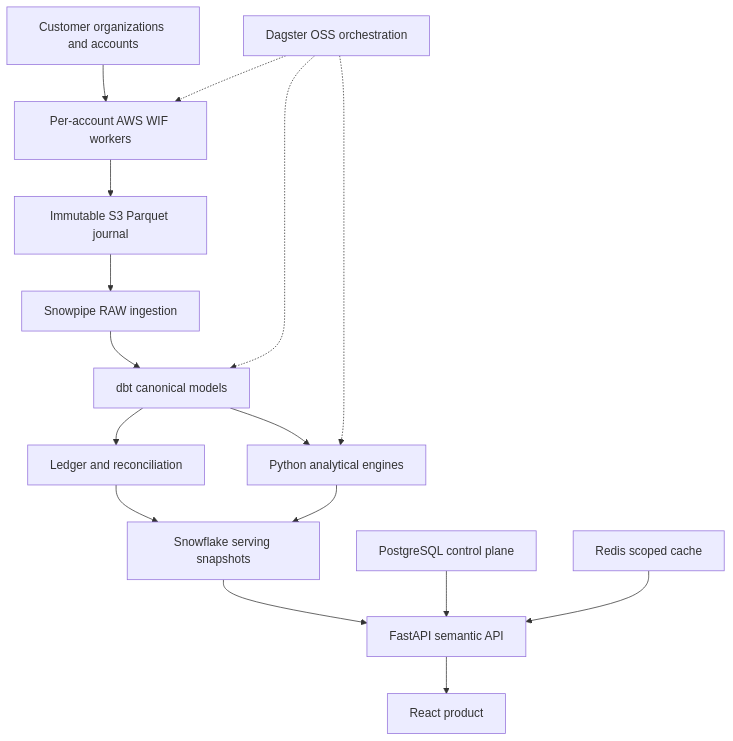
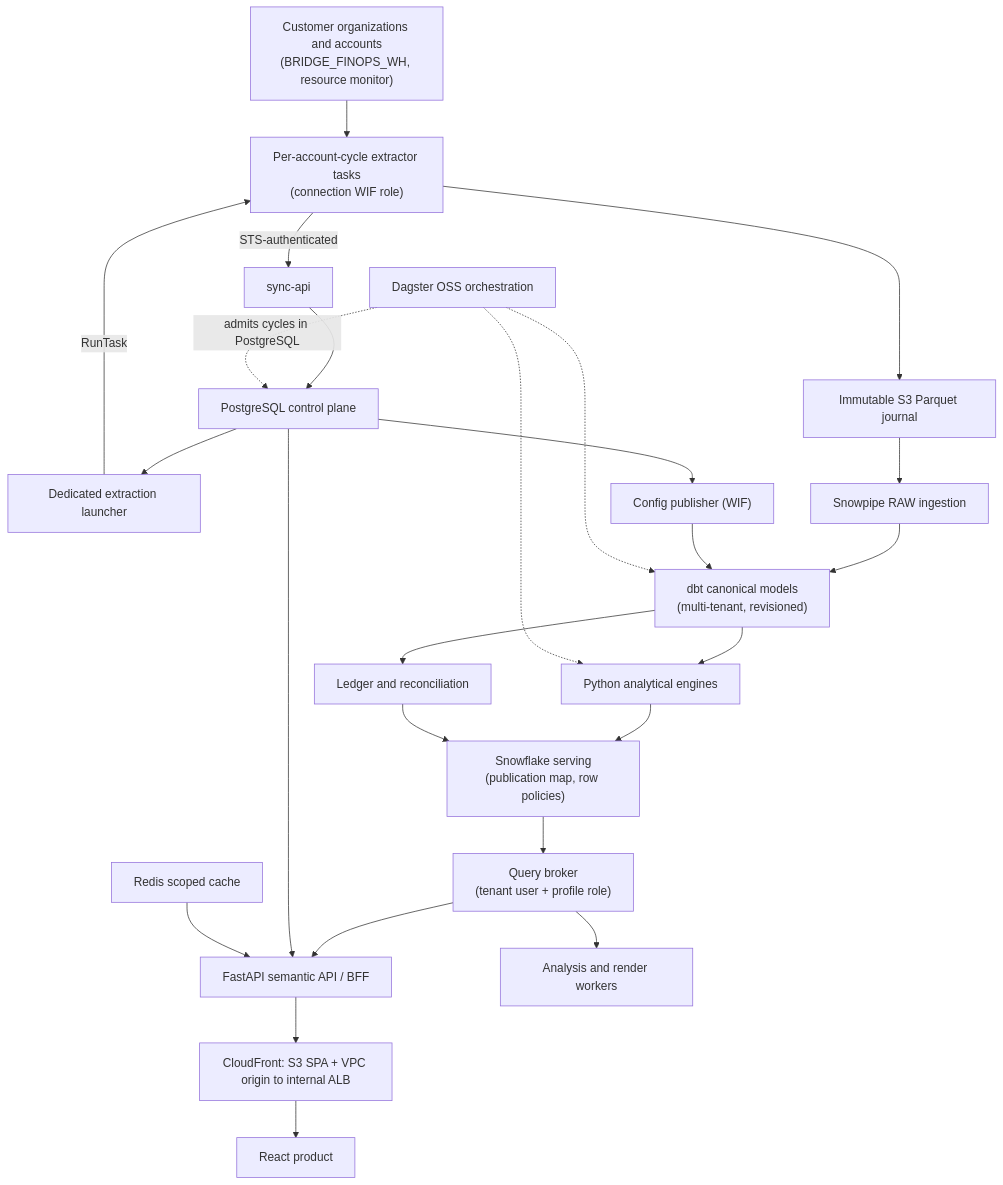
The diagram in ARCHITECTURE_OVERVIEW.md (belaidcherfa/Data-Bridge-SaaS-SPECS-FULL), drawn with Mermaid before and after one commit. The commit also changed other lines of this file and 10 other files, not shown here.

````diff
--- a/ARCHITECTURE_OVERVIEW.md
+++ b/ARCHITECTURE_OVERVIEW.md
@@ -7,18 +9,27 @@
 ```mermaid
 flowchart TD
-  C["Customer organizations and accounts"] --> W["Per-account AWS WIF workers"]
+  C["Customer organizations and accounts<br/>(BRIDGE_FINOPS_WH, resource monitor)"] --> W["Per-account-cycle extractor tasks<br/>(connection WIF role)"]
+  X["Dedicated extraction launcher"] -->|RunTask| W
+  W -->|STS-authenticated| Q["sync-api"]
+  Q --> T
   W --> J["Immutable S3 Parquet journal"]
   J --> P["Snowpipe RAW ingestion"]
-  P --> D["dbt canonical models"]
+  P --> D["dbt canonical models<br/>(multi-tenant, revisioned)"]
+  CP["Config publisher (WIF)"] --> D
+  T --> CP
   D --> L["Ledger and reconciliation"]
   D --> Y["Python analytical engines"]
-  Y --> S["Snowflake serving snapshots"]
+  Y --> S["Snowflake serving<br/>(publication map, row policies)"]
   L --> S
-  S --> A["FastAPI semantic API"]
+  S --> B["Query broker<br/>(tenant user + profile role)"]
+  B --> A["FastAPI semantic API / BFF"]
+  B --> K["Analysis and render workers"]
   T["PostgreSQL control plane"] --> A
+  T --> X
   R["Redis scoped cache"] --> A
-  A --> U["React product"]
-  G["Dagster OSS orchestration"] -.-> W
+  A --> E["CloudFront: S3 SPA + VPC origin to internal ALB"]
+  E --> U["React product"]
+  G["Dagster OSS orchestration"] -.->|admits cycles in PostgreSQL| T
   G -.-> D
   G -.-> Y
 ```
````
